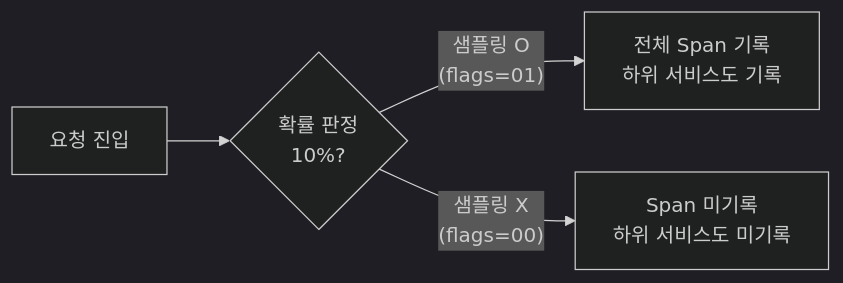
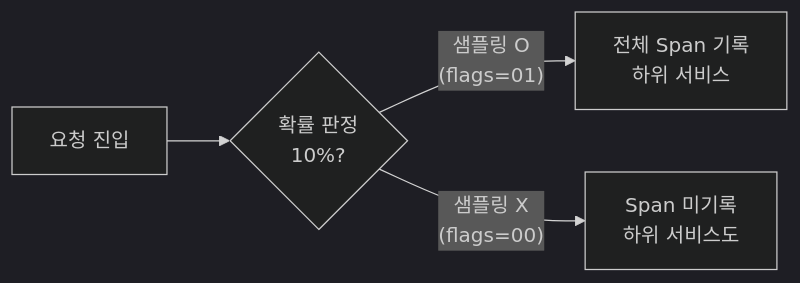
The sixth of 7 diagrams in _posts/monitoring/2026-05-03-distributed-tracing.md (yjkim2015/yjkim2015.github.io), drawn with Mermaid (dark theme) before and after one commit. The commit also changed other lines of this file and 271 other files, not shown here.

First line of the commit message:
Mermaid 라벨 축소: 긴 노드 텍스트 18자 이하로 트림 + \n 제거

````diff
--- a/_posts/monitoring/2026-05-03-distributed-tracing.md
+++ b/_posts/monitoring/2026-05-03-distributed-tracing.md
@@ -415,6 +415,6 @@
 ```mermaid
 graph LR
     REQ["요청 진입"] --> DECIDE{"확률 판정\n10%?"}
-    DECIDE -->|"샘플링 O\n(flags=01)"| TRACE_YES["전체 Span 기록\n하위 서비스도 기록"]
-    DECIDE -->|"샘플링 X\n(flags=00)"| TRACE_NO["Span 미기록\n하위 서비스도 미기록"]
+    DECIDE -->|"샘플링 O\n(flags=01)"| TRACE_YES["전체 Span 기록\n하위 서비스"]
+    DECIDE -->|"샘플링 X\n(flags=00)"| TRACE_NO["Span 미기록\n하위 서비스도"]
 ```
````
